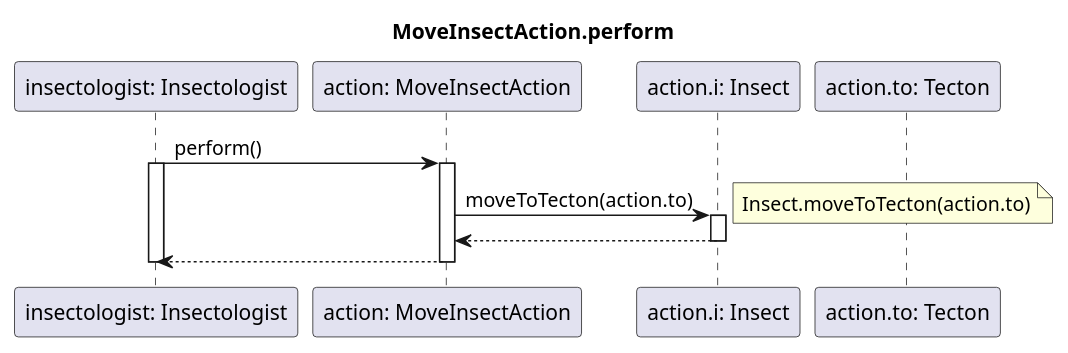
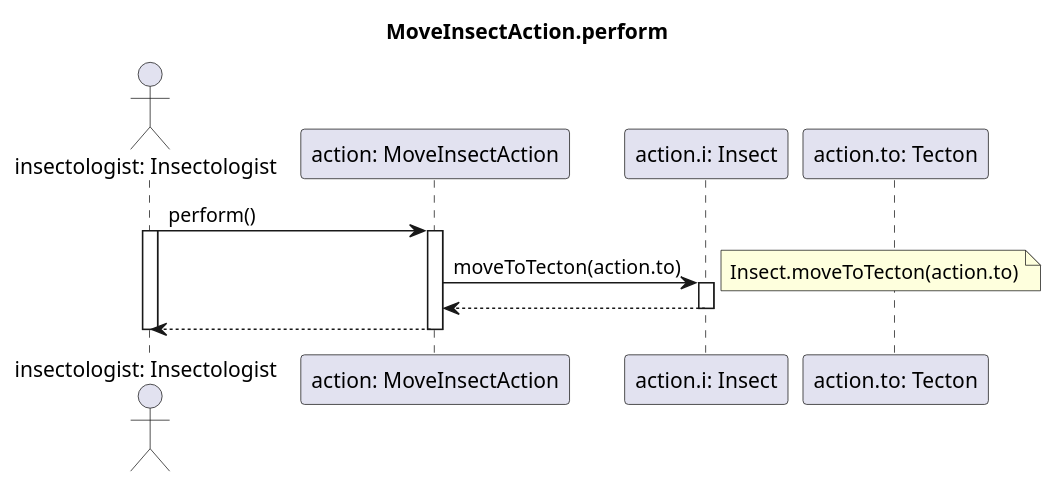
The diagram in diagrams/sequence/action/moveInsectAction.plantuml (dzsem/projlab), drawn with PlantUML before and after one commit.

Commit message:
Fixed action/moveInsectAction#2

```diff
--- a/diagrams/sequence/action/moveInsectAction.plantuml
+++ b/diagrams/sequence/action/moveInsectAction.plantuml
@@ -1,24 +1,24 @@
 @startuml MoveInsectAction.perform
 title MoveInsectAction.perform
 
-participant "insectologist: Insectologist" as insectologist
+actor "insectologist: Insectologist" as insectologist
 participant "action: MoveInsectAction" as mi_action
 participant "action.i: Insect" as insect
 participant "action.to: Tecton" as t
 
 insectologist -> mi_action: perform()
 activate insectologist
 activate mi_action
 
 mi_action -> insect: moveToTecton(action.to)
 activate insect
 note right: Insect.moveToTecton(action.to)
 
 mi_action <-- insect
 deactivate insect
 
 insectologist <-- mi_action
 deactivate mi_action
 deactivate insectologist
 
 @enduml
```
